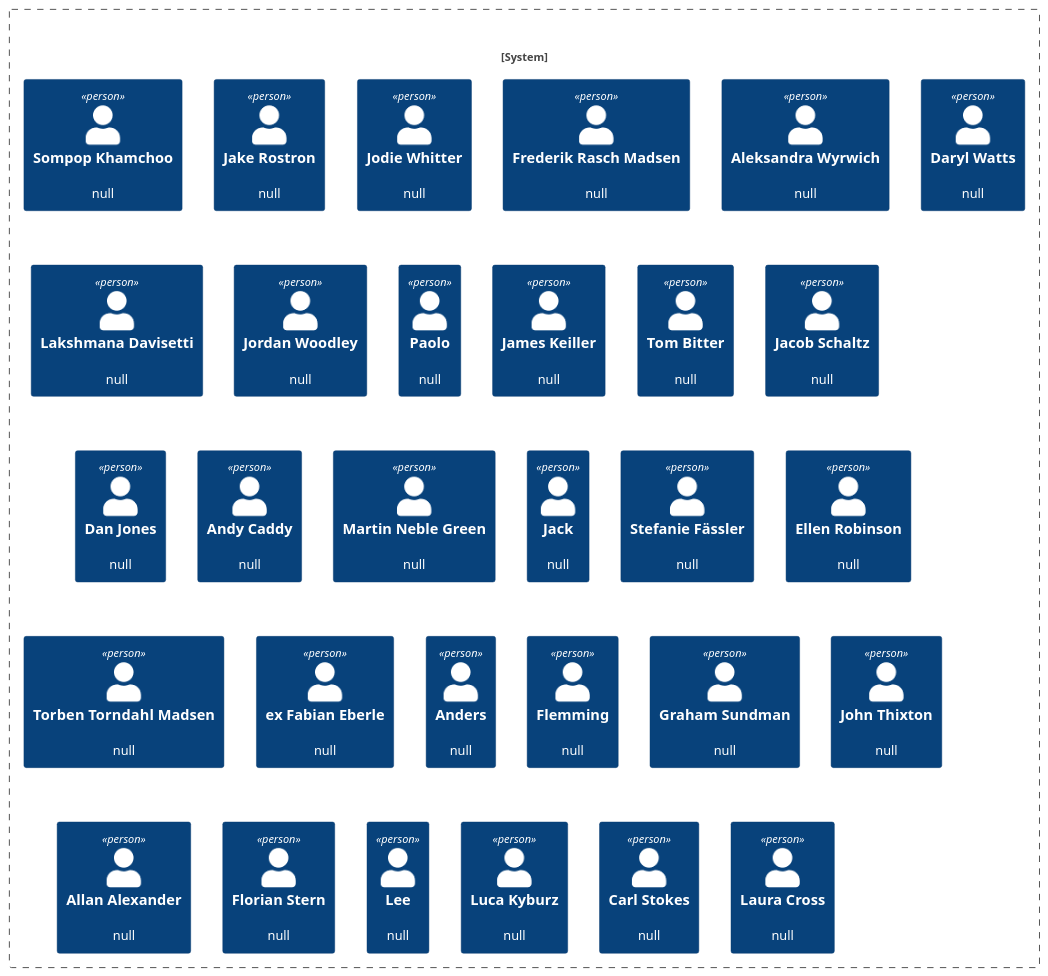
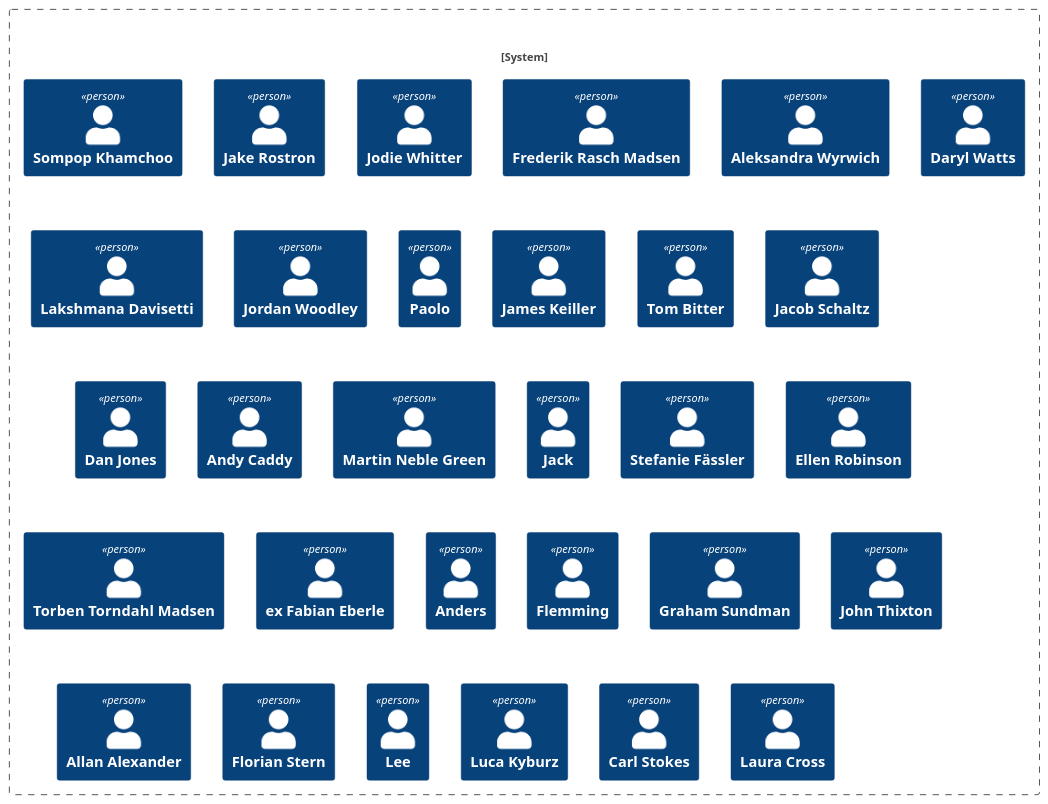
The diagram in examples/pg/icePanel-C4-1-.puml (brunasti/icepanel-tools), drawn with PlantUML before and after one commit. The commit also changed 31 other files, not shown here.

```diff
--- a/examples/pg/icePanel-C4-1-.puml
+++ b/examples/pg/icePanel-C4-1-.puml
@@ -1,55 +1,55 @@
 @startuml
 'https://plantuml.com/class-diagram
 ' CONVERT ICEPANEL DIAGRAM ===========
 ' Converter          : it.brunasti.icepanel.tools.IcePanelToPlantUmlConverter
 ' IcePanel JSON File : [./examples/pg/pg-001.json]
 ' Configuration      : [./examples/pg/config.json]
-' Generated at       : Wed Apr 17 10:16:45 CEST 2024
+' Generated at       : Wed Apr 17 10:37:19 CEST 2024
 
 !include https://raw.githubusercontent.com/plantuml-stdlib/C4-PlantUML/master/C4_Context.puml
 !include https://raw.githubusercontent.com/plantuml-stdlib/C4-PlantUML/master/C4_Component.puml
 
 
 
 System_Boundary(88WfRG0t8ypOt3D9tEdU, "" ) {
     ' CLASSES =======
-    Person(FBBbTGT0oOXfeMyhwVyC, "Sompop Khamchoo", "null" )
-    Person(KpYA4jfUm7DneGIwDLve, "Jake Rostron", "null" )
-    Person(QZlQ9DNfCiQS6jQoJxej, "Jodie Whitter", "null" )
-    Person(8jNpTltrLLDgEn6uCl8w, "Frederik Rasch Madsen", "null" )
-    Person(I9HRSQxIrrm3rr7LJ5jb, "Aleksandra Wyrwich ", "null" )
-    Person(nCNagrErDOB3JMDOzS6m, "Daryl Watts", "null" )
-    Person(4YBP6BlFzBp8pOuJwQQE, "Lakshmana Davisetti", "null" )
-    Person(LV2WD5SPjO4cbOAOnQ3R, "Jordan Woodley", "null" )
-    Person(NaJIADIPPqioEnMsZKFv, "Paolo", "null" )
-    Person(tqwJyVeVwbC3aj0tpKJH, "James Keiller", "null" )
-    Person(ocSPSt7sJwv7vL7dW0Wu, "Tom Bitter ", "null" )
-    Person(1wd6WWhc36tXZPDMAHGd, "Jacob Schaltz", "null" )
-    Person(FsyGpvOu3nIbx1y3FFwf, "Dan Jones", "null" )
-    Person(nsHGSpPSB65xQVEo95eL, "Andy Caddy", "null" )
-    Person(PQmlX7q91Kh3Yf0F3HKA, "Martin Neble Green", "null" )
-    Person(30kdN3ZfUiaC147oEUgD, "Jack", "null" )
-    Person(xvtSOwqgkJuiS1AUfHtq, "Stefanie Fässler", "null" )
-    Person(gyFaqXTUHNWi35U8x75B, "Ellen Robinson ", "null" )
-    Person(lzhQlWw0cvbzHdfNSybV, "Torben Torndahl Madsen ", "null" )
-    Person(xG1SdOSA0DNgOQpu3sQf, "ex Fabian Eberle", "null" )
-    Person(xAUvR8Pfbnu2Rdl1PxL0, "Anders", "null" )
-    Person(Z4bU5pNQCdeeNEnA1ez2, "Flemming", "null" )
-    Person(bXWevRXRAy4B5zBAHrcI, "Graham Sundman", "null" )
-    Person(yxSolsmKtSMWI2da2IaD, "John Thixton", "null" )
-    Person(VHvtx6bRzcO3NXYLpZD8, "Allan Alexander", "null" )
-    Person(g1cGlwqdjoOmA7N5PpxG, "Florian Stern ", "null" )
-    Person(AMArsaUOgqE6KskBetpH, "Lee", "null" )
-    Person(Gl98BoHAVzjhoEfzW22z, "Luca Kyburz", "null" )
-    Person(pQdt7xK7tyooOlXDp01L, "Carl Stokes", "null" )
-    Person(5gELAvR5vUNER5UJDdEo, "Laura Cross", "null" )
+    Person(FBBbTGT0oOXfeMyhwVyC, "Sompop Khamchoo", "" )
+    Person(KpYA4jfUm7DneGIwDLve, "Jake Rostron", "" )
+    Person(QZlQ9DNfCiQS6jQoJxej, "Jodie Whitter", "" )
+    Person(8jNpTltrLLDgEn6uCl8w, "Frederik Rasch Madsen", "" )
+    Person(I9HRSQxIrrm3rr7LJ5jb, "Aleksandra Wyrwich ", "" )
+    Person(nCNagrErDOB3JMDOzS6m, "Daryl Watts", "" )
+    Person(4YBP6BlFzBp8pOuJwQQE, "Lakshmana Davisetti", "" )
+    Person(LV2WD5SPjO4cbOAOnQ3R, "Jordan Woodley", "" )
+    Person(NaJIADIPPqioEnMsZKFv, "Paolo", "" )
+    Person(tqwJyVeVwbC3aj0tpKJH, "James Keiller", "" )
+    Person(ocSPSt7sJwv7vL7dW0Wu, "Tom Bitter ", "" )
+    Person(1wd6WWhc36tXZPDMAHGd, "Jacob Schaltz", "" )
+    Person(FsyGpvOu3nIbx1y3FFwf, "Dan Jones", "" )
+    Person(nsHGSpPSB65xQVEo95eL, "Andy Caddy", "" )
+    Person(PQmlX7q91Kh3Yf0F3HKA, "Martin Neble Green", "" )
+    Person(30kdN3ZfUiaC147oEUgD, "Jack", "" )
+    Person(xvtSOwqgkJuiS1AUfHtq, "Stefanie Fässler", "" )
+    Person(gyFaqXTUHNWi35U8x75B, "Ellen Robinson ", "" )
+    Person(lzhQlWw0cvbzHdfNSybV, "Torben Torndahl Madsen ", "" )
+    Person(xG1SdOSA0DNgOQpu3sQf, "ex Fabian Eberle", "" )
+    Person(xAUvR8Pfbnu2Rdl1PxL0, "Anders", "" )
+    Person(Z4bU5pNQCdeeNEnA1ez2, "Flemming", "" )
+    Person(bXWevRXRAy4B5zBAHrcI, "Graham Sundman", "" )
+    Person(yxSolsmKtSMWI2da2IaD, "John Thixton", "" )
+    Person(VHvtx6bRzcO3NXYLpZD8, "Allan Alexander", "" )
+    Person(g1cGlwqdjoOmA7N5PpxG, "Florian Stern ", "" )
+    Person(AMArsaUOgqE6KskBetpH, "Lee", "" )
+    Person(Gl98BoHAVzjhoEfzW22z, "Luca Kyburz", "" )
+    Person(pQdt7xK7tyooOlXDp01L, "Carl Stokes", "" )
+    Person(5gELAvR5vUNER5UJDdEo, "Laura Cross", "" )
 }
 
 
 ' NEIGHBOR CLASSES =======
 
 
 ' CONNECTIONS =======
 
 
 @enduml
```
